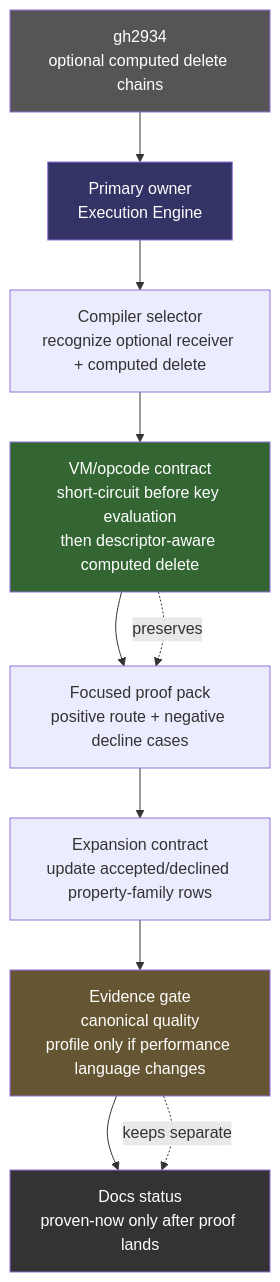
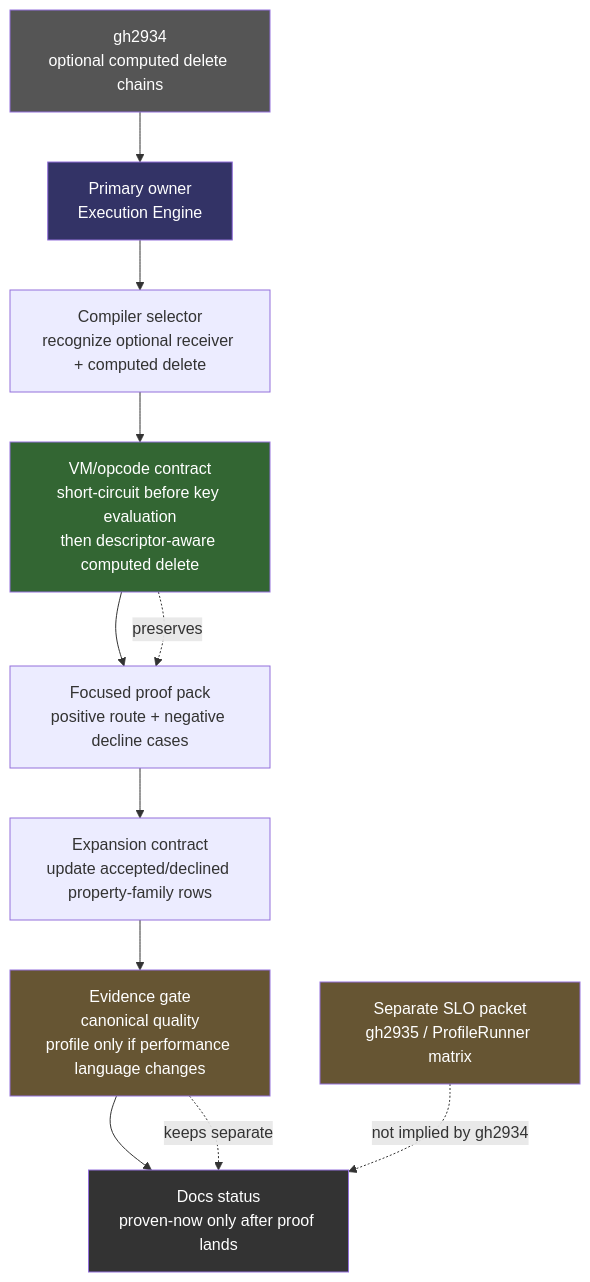
One commit to asynkron/Asynkron.JsEngine changed diagram 35 of 36 in docs/dreaming.md. Above: the diagram before and after it, drawn with Mermaid. The commit also changed other lines of this file, not shown here.

Commit message:
Clarify optional delete dream packet

````diff
--- a/docs/dreaming.md
+++ b/docs/dreaming.md
@@ -1343,21 +1343,24 @@
 ```mermaid
 flowchart TD
     ROADMAP["gh2934\noptional computed delete chains"]
     OWNER["Primary owner\nExecution Engine"]
     SELECTOR["Compiler selector\nrecognize optional receiver + computed delete"]
     OPCODE["VM/opcode contract\nshort-circuit before key evaluation\nthen descriptor-aware computed delete"]
     PROOF["Focused proof pack\npositive route + negative decline cases"]
     CONTRACT["Expansion contract\nupdate accepted/declined property-family rows"]
     EVIDENCE["Evidence gate\ncanonical quality\nprofile only if performance language changes"]
     DOCS["Docs status\nproven-now only after proof lands"]
+    SLO["Separate SLO packet\ngh2935 / ProfileRunner matrix"]
 
     ROADMAP --> OWNER --> SELECTOR --> OPCODE --> PROOF --> CONTRACT --> EVIDENCE --> DOCS
     OPCODE -. preserves .-> PROOF
     EVIDENCE -. keeps separate .-> DOCS
+    SLO -. not implied by gh2934 .-> DOCS
 
     style ROADMAP fill:#555,color:#fff
     style OWNER fill:#336,color:#fff
     style OPCODE fill:#363,color:#fff
     style EVIDENCE fill:#653,color:#fff
     style DOCS fill:#333,color:#fff
+    style SLO fill:#653,color:#fff
 ```
````
